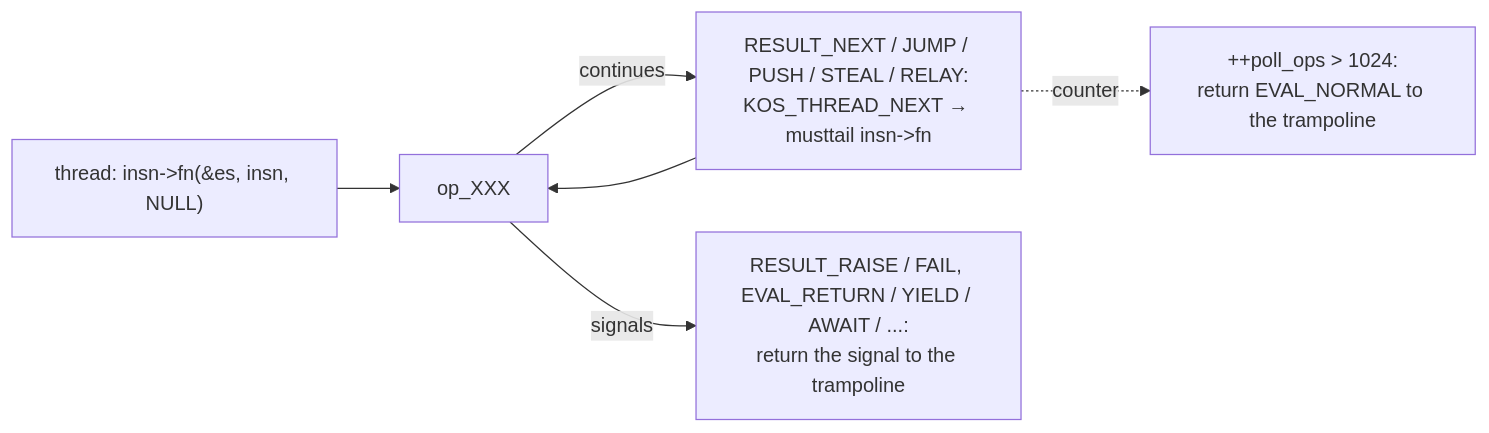
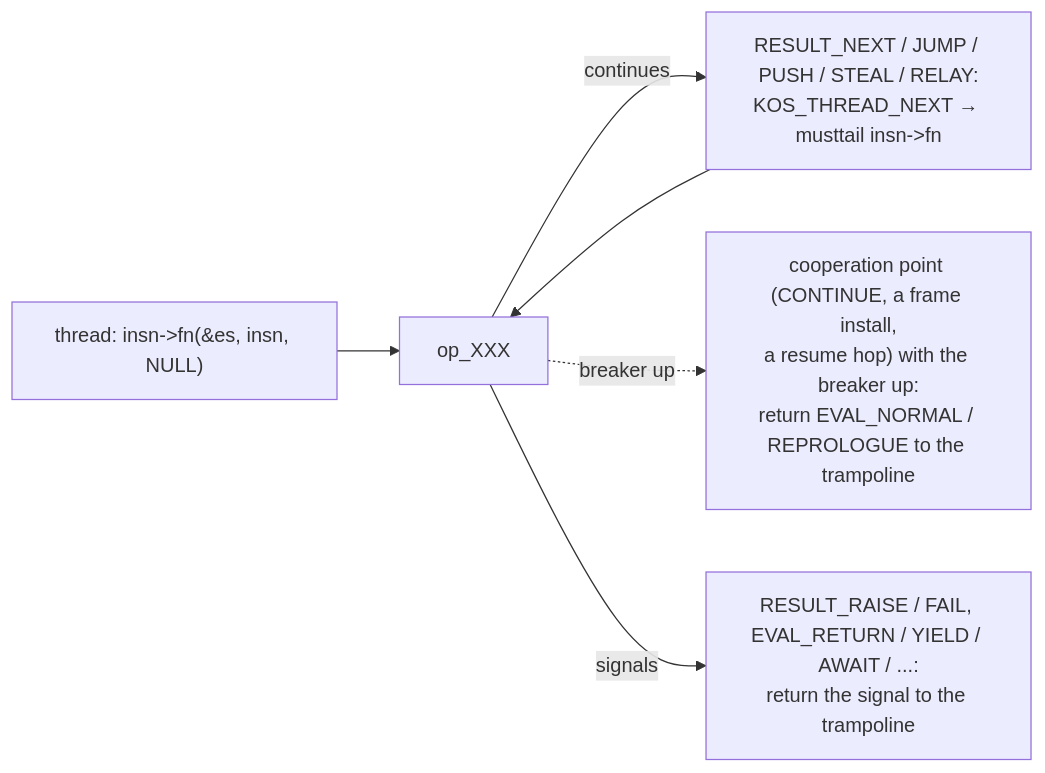
The sixth of 12 diagrams in design/EVALUATOR.md (koskari-lang/koskari), drawn with Mermaid before and after one commit. The commit also changed other lines of this file, not shown here.

First line of the commit message:
Describe the eval breaker and the call paths in the evaluator rollup

````diff
--- a/design/EVALUATOR.md
+++ b/design/EVALUATOR.md
@@ -432,13 +422,13 @@
 ```mermaid
 flowchart LR
     thread["thread: insn->fn(&es, insn, NULL)"]
     handler["op_XXX"]
     next["RESULT_NEXT / JUMP / PUSH / STEAL / RELAY:<br/>KOS_THREAD_NEXT → musttail insn->fn"]
-    trip["++poll_ops > 1024:<br/>return EVAL_NORMAL to the trampoline"]
+    trip["cooperation point (CONTINUE, a frame install,<br/>a resume hop) with the breaker up:<br/>return EVAL_NORMAL / REPROLOGUE to the trampoline"]
     signal["RESULT_RAISE / FAIL, EVAL_RETURN / YIELD / AWAIT / ...:<br/>return the signal to the trampoline"]
 
     thread --> handler
     handler -->|continues| next --> handler
-    next -.->|counter| trip
+    handler -.->|breaker up| trip
     handler -->|signals| signal
 ```
````
